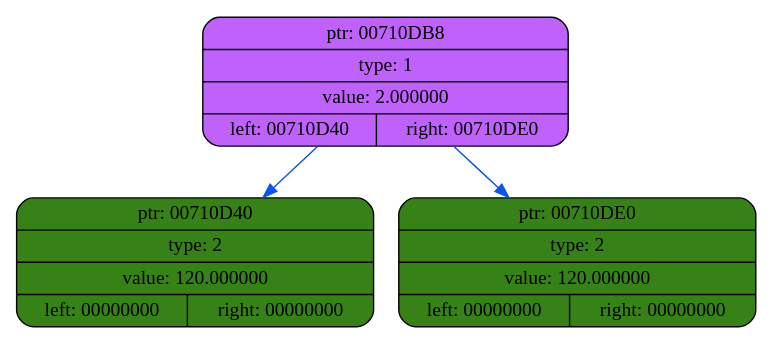
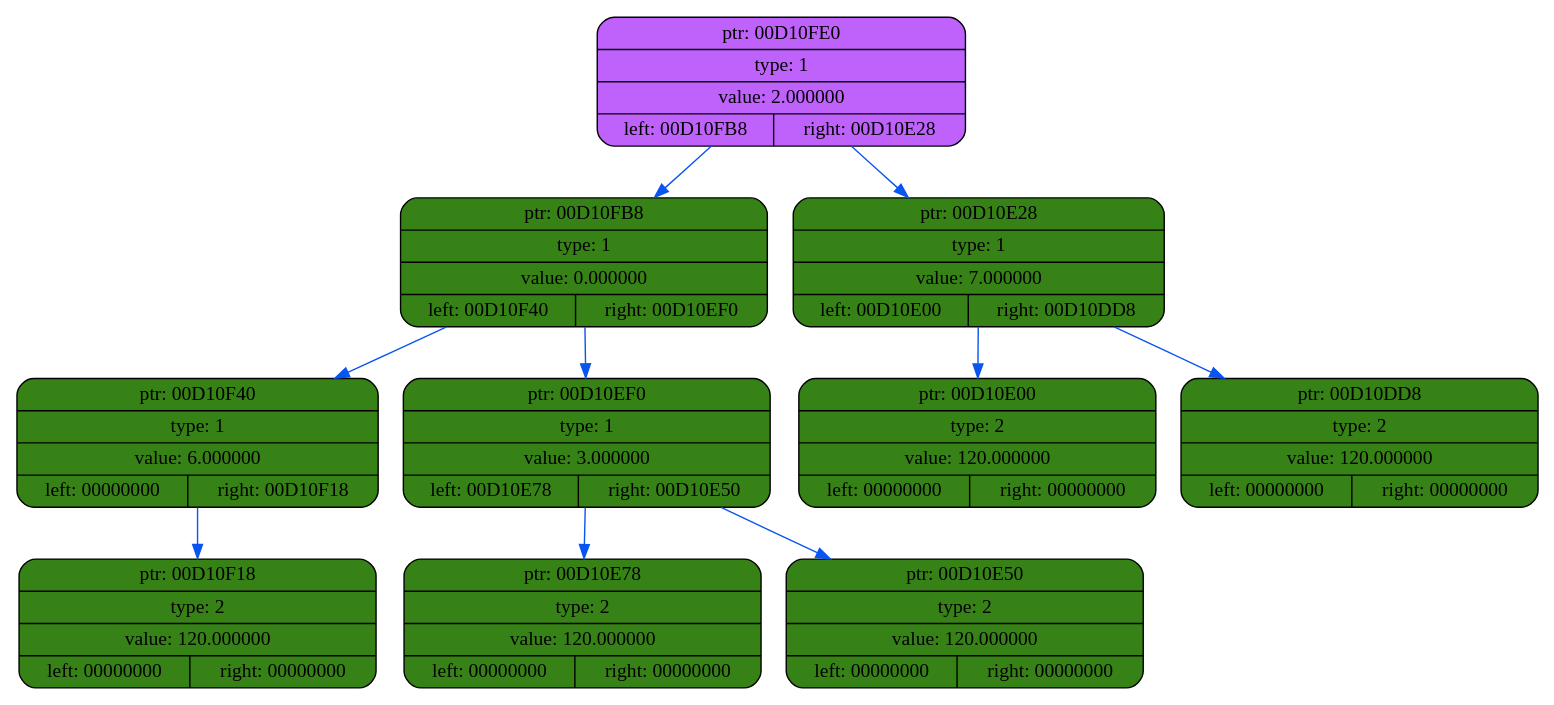
One commit to coffee8cat/differentiator changed the diagram in dump/dump3.dot. Above: the diagram before and after it, drawn with Graphviz. The commit also changed 22 other files, not shown here.

```diff
--- a/dump/dump3.dot
+++ b/dump/dump3.dot
@@ -1,10 +1,24 @@
 digraph
 {
     rankdir=TP
 
-        node00710DB8[shape=record,style="rounded,filled",fillcolor="#BF62FC",label="{ ptr: 00710DB8 | type: 1 | value: 2.000000| { left: 00710D40 | right: 00710DE0 }}"];
-    node00710DB8 -> node00710D40[color="#0855F0"]
-    node00710D40[shape=record,style="rounded,filled",fillcolor="#378217",label="{ ptr: 00710D40 | type: 2 | value: 120.000000| { left: 00000000 | right: 00000000 }}"];
-    node00710DB8 -> node00710DE0[color="#0855F0"]
-    node00710DE0[shape=record,style="rounded,filled",fillcolor="#378217",label="{ ptr: 00710DE0 | type: 2 | value: 120.000000| { left: 00000000 | right: 00000000 }}"];
+        node00D10FE0[shape=record,style="rounded,filled",fillcolor="#BF62FC",label="{ ptr: 00D10FE0 | type: 1 | value: 2.000000| { left: 00D10FB8 | right: 00D10E28 }}"];
+    node00D10FE0 -> node00D10FB8[color="#0855F0"]
+    node00D10FB8[shape=record,style="rounded,filled",fillcolor="#378217",label="{ ptr: 00D10FB8 | type: 1 | value: 0.000000| { left: 00D10F40 | right: 00D10EF0 }}"];
+    node00D10FB8 -> node00D10F40[color="#0855F0"]
+    node00D10F40[shape=record,style="rounded,filled",fillcolor="#378217",label="{ ptr: 00D10F40 | type: 1 | value: 6.000000| { left: 00000000 | right: 00D10F18 }}"];
+    node00D10F40 -> node00D10F18[color="#0855F0"]
+    node00D10F18[shape=record,style="rounded,filled",fillcolor="#378217",label="{ ptr: 00D10F18 | type: 2 | value: 120.000000| { left: 00000000 | right: 00000000 }}"];
+    node00D10FB8 -> node00D10EF0[color="#0855F0"]
+    node00D10EF0[shape=record,style="rounded,filled",fillcolor="#378217",label="{ ptr: 00D10EF0 | type: 1 | value: 3.000000| { left: 00D10E78 | right: 00D10E50 }}"];
+    node00D10EF0 -> node00D10E78[color="#0855F0"]
+    node00D10E78[shape=record,style="rounded,filled",fillcolor="#378217",label="{ ptr: 00D10E78 | type: 2 | value: 120.000000| { left: 00000000 | right: 00000000 }}"];
+    node00D10EF0 -> node00D10E50[color="#0855F0"]
+    node00D10E50[shape=record,style="rounded,filled",fillcolor="#378217",label="{ ptr: 00D10E50 | type: 2 | value: 120.000000| { left: 00000000 | right: 00000000 }}"];
+    node00D10FE0 -> node00D10E28[color="#0855F0"]
+    node00D10E28[shape=record,style="rounded,filled",fillcolor="#378217",label="{ ptr: 00D10E28 | type: 1 | value: 7.000000| { left: 00D10E00 | right: 00D10DD8 }}"];
+    node00D10E28 -> node00D10E00[color="#0855F0"]
+    node00D10E00[shape=record,style="rounded,filled",fillcolor="#378217",label="{ ptr: 00D10E00 | type: 2 | value: 120.000000| { left: 00000000 | right: 00000000 }}"];
+    node00D10E28 -> node00D10DD8[color="#0855F0"]
+    node00D10DD8[shape=record,style="rounded,filled",fillcolor="#378217",label="{ ptr: 00D10DD8 | type: 2 | value: 120.000000| { left: 00000000 | right: 00000000 }}"];
 }
```
